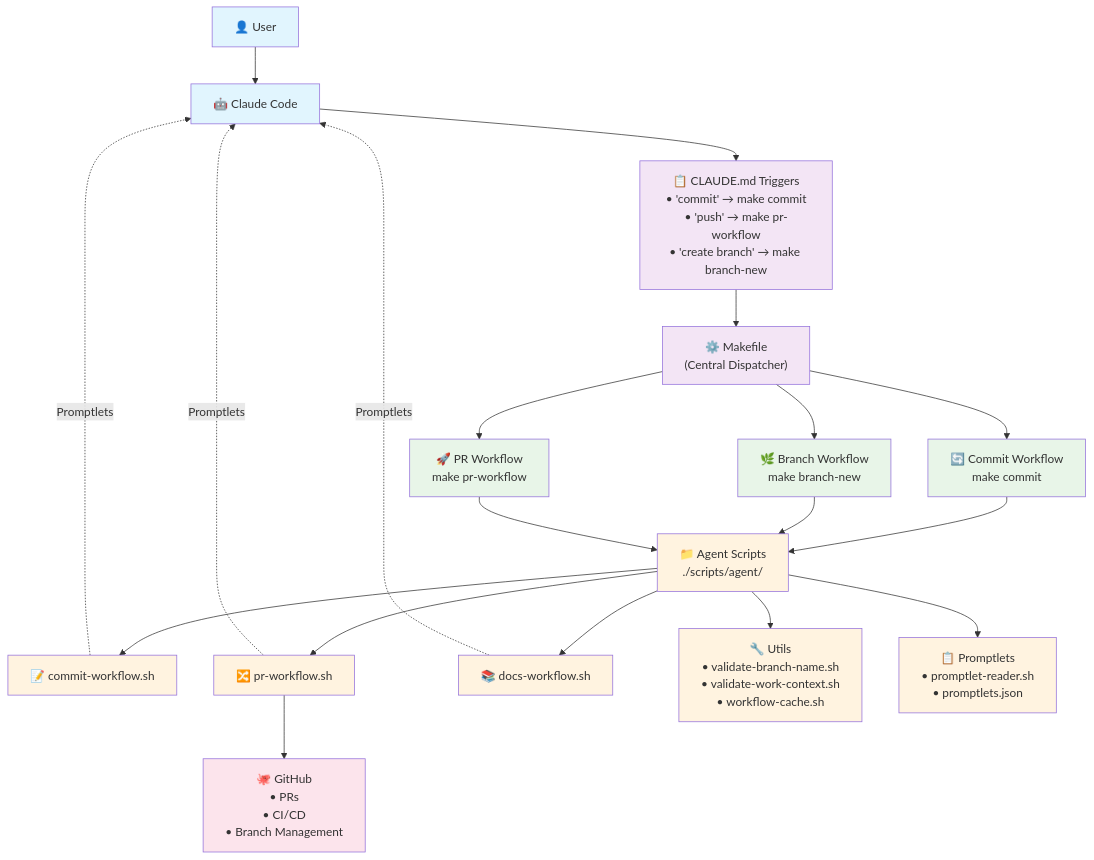
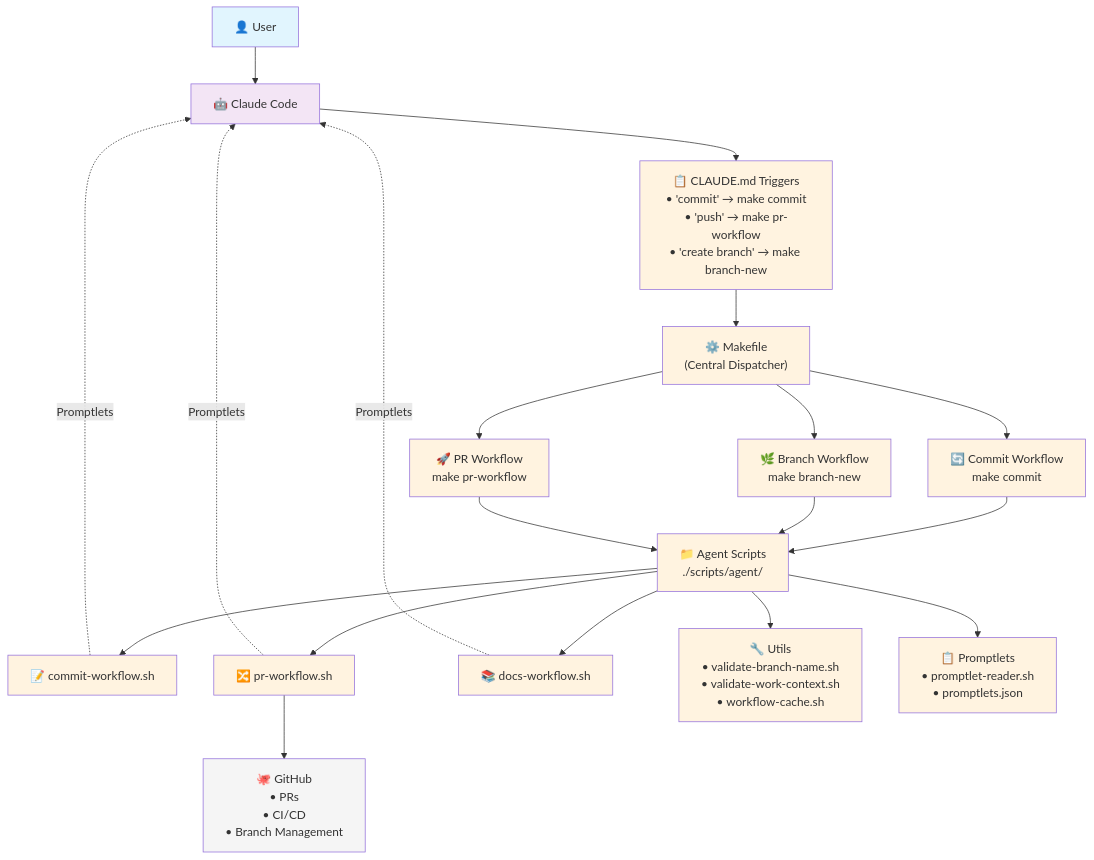
The diagram in scripts/agent/docs/diagrams/system-architecture.mmd (kschlt/online-tables-lite), drawn with Mermaid before and after one commit. The commit also changed 16 other files, not shown here.

Commit message:
feat(agent): add centralized diagram validation and agent system checks

```diff
--- a/scripts/agent/docs/diagrams/system-architecture.mmd
+++ b/scripts/agent/docs/diagrams/system-architecture.mmd
@@ -1,71 +1,84 @@
 graph TB
     %% User Interaction Layer
     User["👤 User"]
     Claude["🤖 Claude Code"]
 
     %% Trigger Detection
     Triggers["📋 CLAUDE.md Triggers<br/>• 'commit' → make commit<br/>• 'push' → make pr-workflow<br/>• 'create branch' → make branch-new"]
 
     %% Central Dispatcher
     Makefile["⚙️ Makefile<br/>(Central Dispatcher)"]
 
     %% Core Workflows
     CommitWF["🔄 Commit Workflow<br/>make commit"]
     BranchWF["🌿 Branch Workflow<br/>make branch-new"]
     PRWF["🚀 PR Workflow<br/>make pr-workflow"]
 
     %% Agent Scripts Layer
     AgentScripts["📁 Agent Scripts<br/>./scripts/agent/"]
 
     %% Workflow Scripts
     CommitScript["📝 commit-workflow.sh"]
     PRScript["🔀 pr-workflow.sh"]
     DocsScript["📚 docs-workflow.sh"]
 
     %% Utilities & Support
     Utils["🔧 Utils<br/>• validate-branch-name.sh<br/>• validate-work-context.sh<br/>• workflow-cache.sh"]
     Promptlets["📋 Promptlets<br/>• promptlet-reader.sh<br/>• promptlets.json"]
 
     %% GitHub Integration
     GitHub["🐙 GitHub<br/>• PRs<br/>• CI/CD<br/>• Branch Management"]
 
     %% Flow Connections
     User --> Claude
     Claude --> Triggers
     Triggers --> Makefile
 
     Makefile --> CommitWF
     Makefile --> BranchWF
     Makefile --> PRWF
 
     CommitWF --> AgentScripts
     BranchWF --> AgentScripts
     PRWF --> AgentScripts
 
     AgentScripts --> CommitScript
     AgentScripts --> PRScript
     AgentScripts --> DocsScript
 
     AgentScripts --> Utils
     AgentScripts --> Promptlets
 
     %% Ping-Pong Returns
     CommitScript -.->|"Promptlets"| Claude
     PRScript -.->|"Promptlets"| Claude
     DocsScript -.->|"Promptlets"| Claude
 
     %% External Integration
     PRScript --> GitHub
 
-    %% Styling
+    %% Styling - Following established standards
+    User:::userLayer
+    Claude:::agentLayer
+    Triggers:::automationStep
+    Makefile:::automationStep
+    CommitWF:::automationStep
+    BranchWF:::automationStep
+    PRWF:::automationStep
+    AgentScripts:::automationStep
+    CommitScript:::automationStep
+    PRScript:::automationStep
+    DocsScript:::automationStep
+    Utils:::automationStep
+    Promptlets:::automationStep
+    GitHub:::blackBoxStep
+
+    %% Required classDef definitions
     classDef userLayer fill:#e1f5fe
-    classDef dispatchLayer fill:#f3e5f5
-    classDef workflowLayer fill:#e8f5e8
-    classDef agentLayer fill:#fff3e0
-    classDef externalLayer fill:#fce4ec
-
-    class User,Claude userLayer
-    class Triggers,Makefile dispatchLayer
-    class CommitWF,BranchWF,PRWF workflowLayer
-    class AgentScripts,CommitScript,PRScript,DocsScript,Utils,Promptlets agentLayer
-    class GitHub externalLayer
+    classDef agentLayer fill:#f3e5f5
+    classDef automationStep fill:#fff3e0
+    classDef stopNode fill:#ffcdd2
+    classDef successNode fill:#a5d6a7
+    classDef blackBoxStep fill:#f5f5f5
+    classDef entryPoint fill:#e8f5e8
+    classDef subgraphStyle fill:#f9f9f9,stroke:#666,stroke-width:2px,stroke-dasharray: 5 5
```
